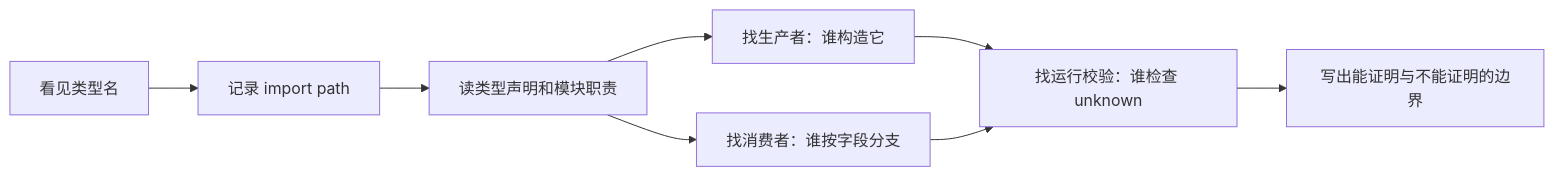
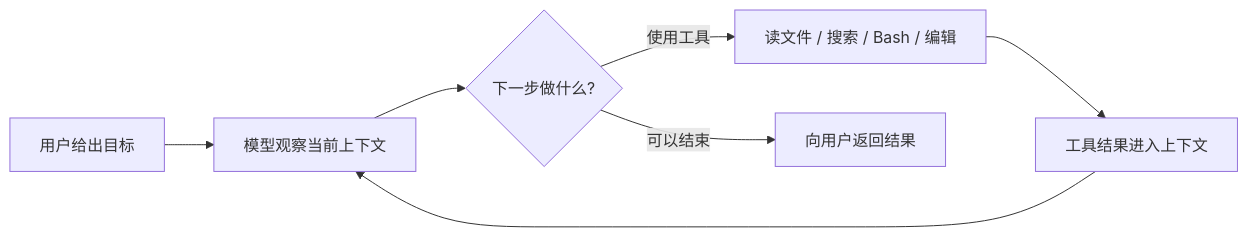
Before and after one commit to bai201928/claude-code-source-course: the first of 13 diagrams in curriculum/units/M01/final.md, drawn with Mermaid. The commit also changed other lines of this file, not shown here.

````diff
--- a/curriculum/units/M01/final.md
+++ b/curriculum/units/M01/final.md
@@ -75,10 +113,9 @@
 ```mermaid
 flowchart LR
-  N["看见类型名"] --> I["记录 import path"]
-  I --> D["读类型声明和模块职责"]
-  D --> P["找生产者：谁构造它"]
-  D --> C["找消费者：谁按字段分支"]
-  P --> V["找运行校验：谁检查 unknown"]
-  C --> V
-  V --> B["写出能证明与不能证明的边界"]
+  USER["用户给出目标"] --> MODEL["模型观察当前上下文"]
+  MODEL --> DECIDE{"下一步做什么?"}
+  DECIDE -->|"使用工具"| TOOL["读文件 / 搜索 / Bash / 编辑"]
+  TOOL --> RESULT["工具结果进入上下文"]
+  RESULT --> MODEL
+  DECIDE -->|"可以结束"| ANSWER["向用户返回结果"]
 ```
````
